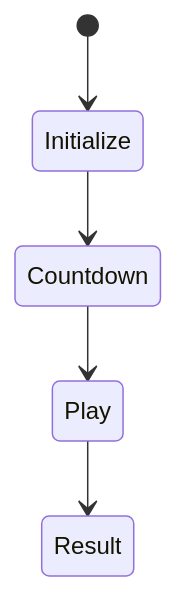
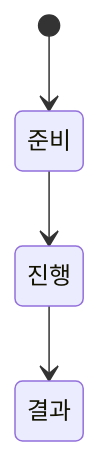
Before and after one commit to Searabbit11/portfolio: the second of 2 diagrams in src/4-ar-room/기술문서.md, drawn with Mermaid. The commit also changed other lines of this file and 2 other files, not shown here.

````diff
--- a/src/4-ar-room/기술문서.md
+++ b/src/4-ar-room/기술문서.md
@@ -44,7 +43,9 @@
 ```mermaid
 stateDiagram-v2
-    [*] --> Initialize
-    Initialize --> Countdown
-    Countdown --> Play
+    state "준비" as Ready
+    state "진행" as Play
+    state "결과" as Result
+    [*] --> Ready
+    Ready --> Play
     Play --> Result
 ```
````
